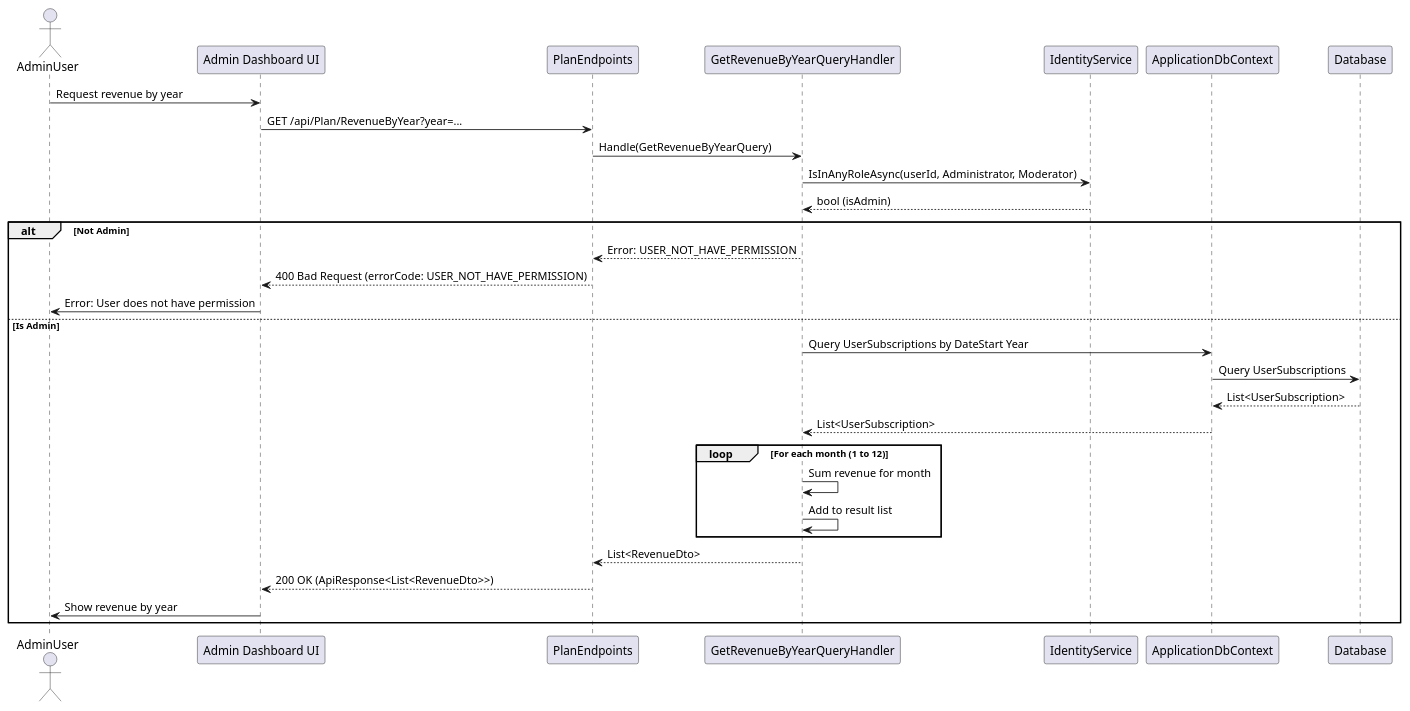
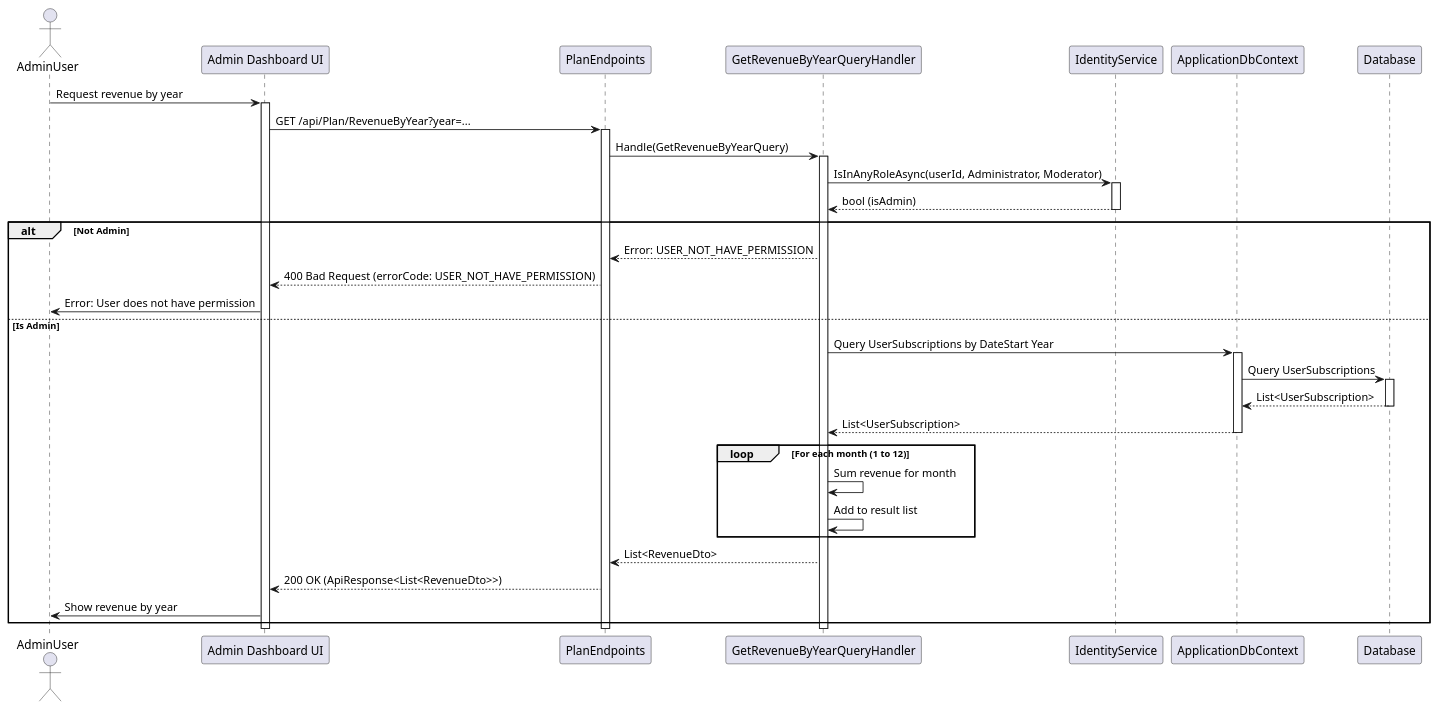
One commit to thanhkhac/SEP_Diagram changed the diagram in Plans/Sequence/GetRevenueByYearQuery.puml. Above: the diagram before and after it, drawn with PlantUML. The commit also changed 1 other file, not shown here.

Commit message:
Add activation and deactivation to sequence diagrams

```diff
--- a/Plans/Sequence/GetRevenueByYearQuery.puml
+++ b/Plans/Sequence/GetRevenueByYearQuery.puml
@@ -1,32 +1,44 @@
 @startuml
 actor AdminUser
 participant "Admin Dashboard UI" as UI
 participant PlanEndpoints
 participant GetRevenueByYearQueryHandler as Handler
 participant IdentityService
 participant ApplicationDbContext
 participant Database
 
 AdminUser -> UI : Request revenue by year
+activate UI
 UI -> PlanEndpoints : GET /api/Plan/RevenueByYear?year=...
+activate PlanEndpoints
 PlanEndpoints -> Handler : Handle(GetRevenueByYearQuery)
+activate Handler
 Handler -> IdentityService : IsInAnyRoleAsync(userId, Administrator, Moderator)
+activate IdentityService
 IdentityService --> Handler : bool (isAdmin)
+deactivate IdentityService
 alt Not Admin
     Handler --> PlanEndpoints : Error: USER_NOT_HAVE_PERMISSION
     PlanEndpoints --> UI : 400 Bad Request (errorCode: USER_NOT_HAVE_PERMISSION)
     UI -> AdminUser : Error: User does not have permission
 else Is Admin
     Handler -> ApplicationDbContext : Query UserSubscriptions by DateStart Year
+    activate ApplicationDbContext
     ApplicationDbContext -> Database : Query UserSubscriptions
+    activate Database
     Database --> ApplicationDbContext : List<UserSubscription>
+deactivate Database
     ApplicationDbContext --> Handler : List<UserSubscription>
+deactivate ApplicationDbContext
     loop For each month (1 to 12)
         Handler -> Handler : Sum revenue for month
         Handler -> Handler : Add to result list
     end
     Handler --> PlanEndpoints : List<RevenueDto>
     PlanEndpoints --> UI : 200 OK (ApiResponse<List<RevenueDto>>)
     UI -> AdminUser : Show revenue by year
 end
+deactivate Handler
+deactivate PlanEndpoints
+deactivate UI
 @enduml
```
